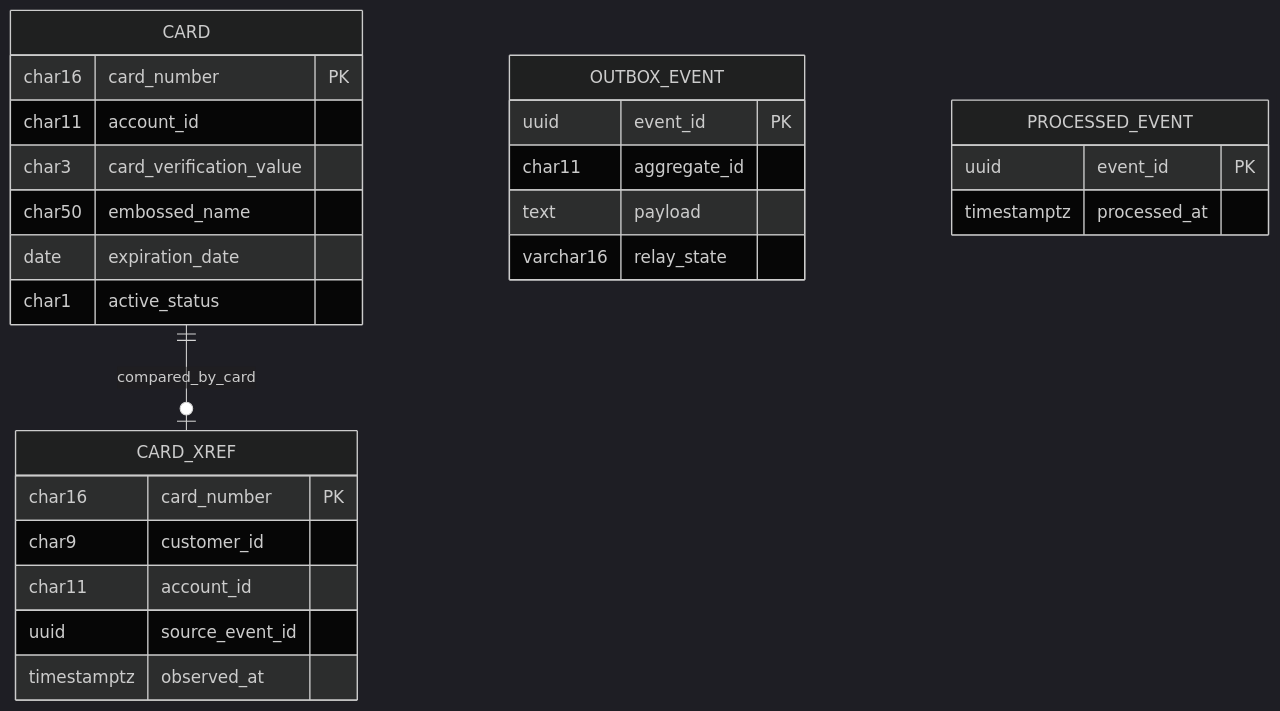
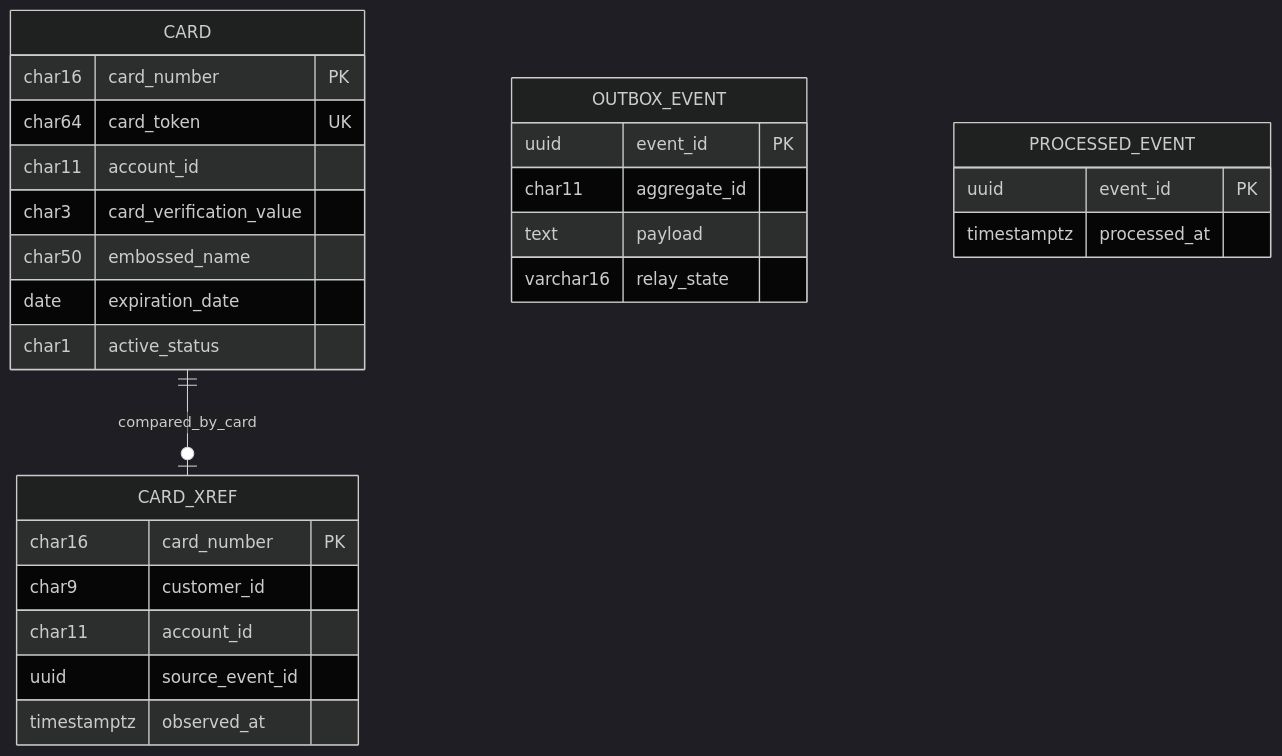
The sixth of 6 diagrams in card-platform/docs/data-model.md (blitzy-public-samples/aws-carddemo-blitzy), drawn with Mermaid (dark theme) before and after one commit. The commit also changed other lines of this file and 163 other files, not shown here.

````diff
--- a/card-platform/docs/data-model.md
+++ b/card-platform/docs/data-model.md
@@ -489,30 +495,31 @@
 ```mermaid
 erDiagram
     CARD {
         char16 card_number PK
+        char64 card_token UK
         char11 account_id
         char3 card_verification_value
         char50 embossed_name
         date expiration_date
         char1 active_status
     }
     CARD_XREF {
         char16 card_number PK
         char9 customer_id
         char11 account_id
         uuid source_event_id
         timestamptz observed_at
     }
     OUTBOX_EVENT {
         uuid event_id PK
         char11 aggregate_id
         text payload
         varchar16 relay_state
     }
     PROCESSED_EVENT {
         uuid event_id PK
         timestamptz processed_at
     }
 
     CARD ||--o| CARD_XREF : compared_by_card
 ```
````
